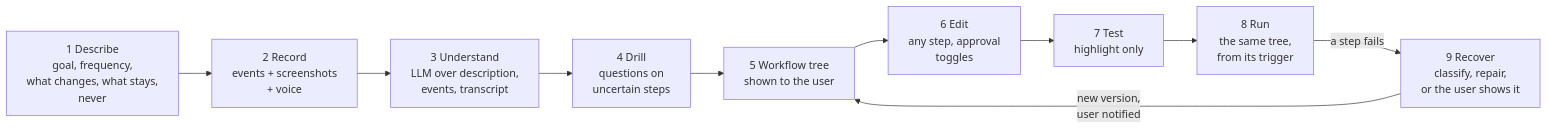
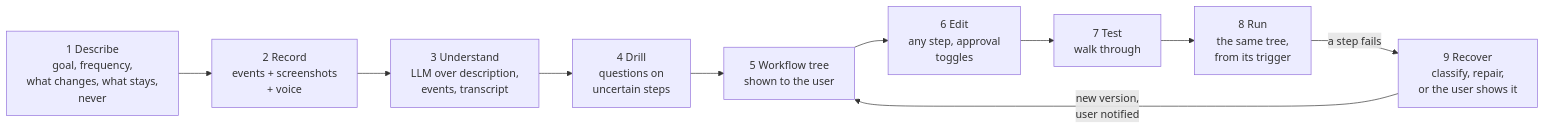
One commit to Akshat-Soni02/nxn-global-ai-hackathon-personal-agent changed the first of 4 diagrams in docs/design.md. Above: the diagram before and after it, drawn with Mermaid. The commit also changed other lines of this file and 7 other files, not shown here.

First line of the commit message:
docs: design.md folds, the readme installs from the dmg, diagrams redrawn for sprint 4

````diff
--- a/docs/design.md
+++ b/docs/design.md
@@ -15,12 +78,12 @@
 ```mermaid
 flowchart LR
   D["1 Describe<br/>goal, frequency,<br/>what changes, what stays,<br/>never"] --> R["2 Record<br/>events + screenshots<br/>+ voice"]
   R --> U["3 Understand<br/>LLM over description,<br/>events, transcript"]
   U --> Q["4 Drill<br/>questions on<br/>uncertain steps"]
   Q --> T["5 Workflow tree<br/>shown to the user"]
   T --> E["6 Edit<br/>any step, approval<br/>toggles"]
-  E --> H["7 Test<br/>highlight only"]
+  E --> H["7 Test<br/>walk through"]
   H --> P["8 Run<br/>the same tree,<br/>from its trigger"]
   P -- "a step fails" --> G["9 Recover<br/>classify, repair,<br/>or the user shows it"]
   G -- "new version,<br/>user notified" --> T
 ```
````
